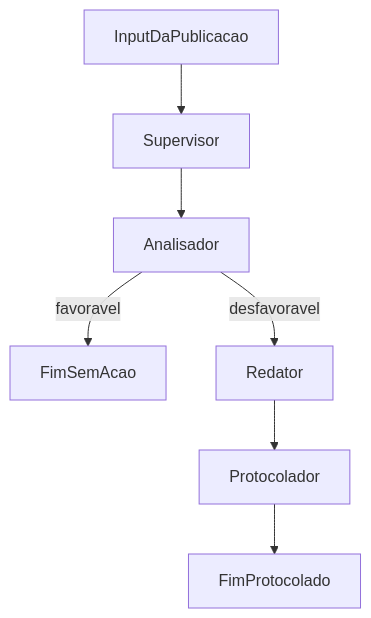
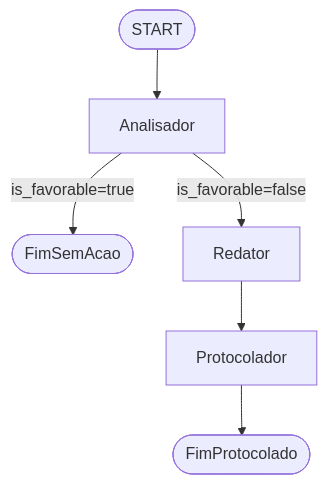
One commit to dantonissler/ai-multi-agent-orchestrator changed the diagram in README.md. Above: the diagram before and after it, drawn with Mermaid. The commit also changed other lines of this file and 12 other files, not shown here.

````diff
--- a/README.md
+++ b/README.md
@@ -34,9 +33,8 @@
 ```mermaid
 flowchart TD
-    PublicationInput[InputDaPublicacao] --> Supervisor
-    Supervisor --> Analyzer[Analisador]
-    Analyzer -->|"favoravel"| EndFavoravel[FimSemAcao]
-    Analyzer -->|"desfavoravel"| Drafter[Redator]
+    Start([START]) --> Analyzer[Analisador]
+    Analyzer -->|"is_favorable=true"| EndWin([FimSemAcao])
+    Analyzer -->|"is_favorable=false"| Drafter[Redator]
     Drafter --> Filer[Protocolador]
-    Filer --> EndProtocolo[FimProtocolado]
+    Filer --> EndFiled([FimProtocolado])
 ```
````
